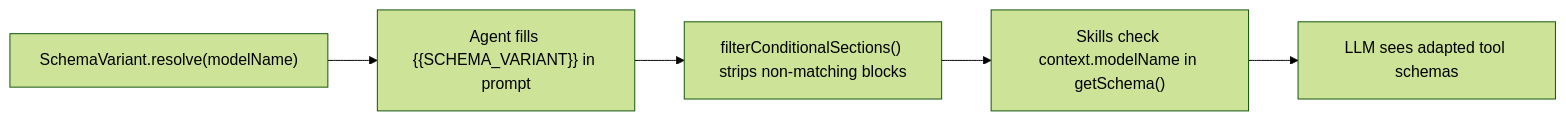
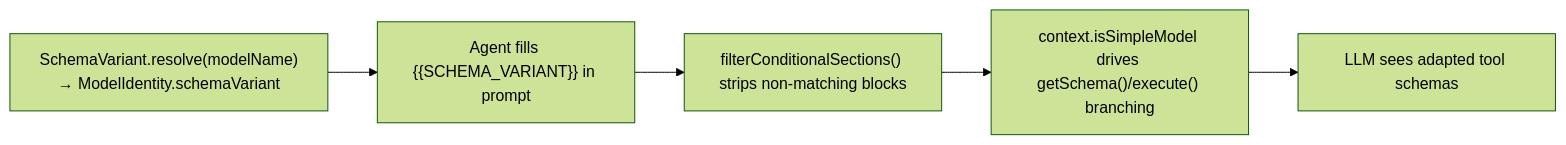
Before and after one commit to lg841226/Gradum: diagram 29 of 30 in docs/ARCHITECTURE.md, drawn with Mermaid (forest theme). The commit also changed other lines of this file and 9 other files, not shown here.

Commit message:
docs: overhaul ARCHITECTURE/PLUGIN_FEATURES, tidy code and env doctor output

````diff
--- a/docs/ARCHITECTURE.md
+++ b/docs/ARCHITECTURE.md
@@ -2294,7 +2430,7 @@
 ```mermaid
 flowchart LR
-    A["SchemaVariant.resolve(modelName)"] --> B["Agent fills {{SCHEMA_VARIANT}} in prompt"]
+    A["SchemaVariant.resolve(modelName)<br/>→ ModelIdentity.schemaVariant"] --> B["Agent fills {{SCHEMA_VARIANT}} in prompt"]
     B --> C["filterConditionalSections() strips non-matching blocks"]
-    C --> D["Skills check context.modelName in getSchema()"]
+    C --> D["context.isSimpleModel drives getSchema()/execute() branching"]
     D --> E["LLM sees adapted tool schemas"]
 ```
````
